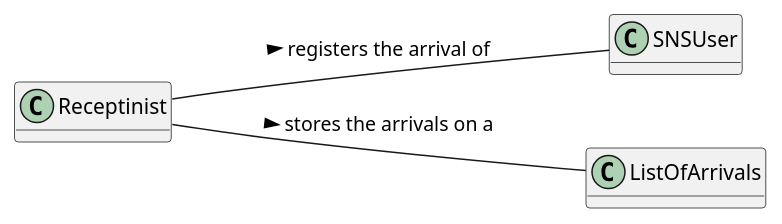
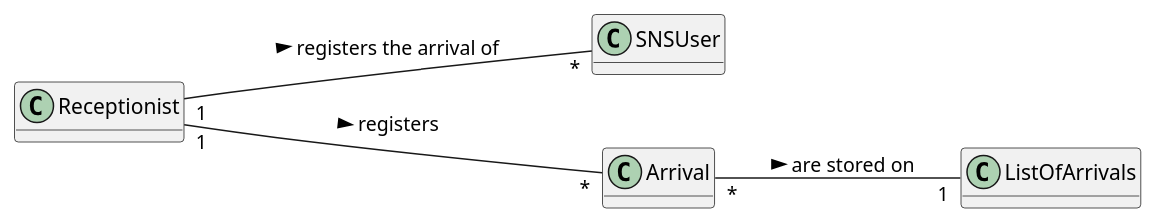
One commit to Pirussa/lei-22-s2-1da-g02 changed the diagram in docs/SprintC/US004/US004_MD.puml. Above: the diagram before and after it, drawn with PlantUML. The commit also changed 11 other files, not shown here.

Commit message:
US004 - Design - Changes and improvements on all the diagrams Implementation - Change method checkIfAlreadyRegistered from the Arrival class to the VaccinationCenter.

```diff
--- a/docs/SprintC/US004/US004_MD.puml
+++ b/docs/SprintC/US004/US004_MD.puml
@@ -1,19 +1,21 @@
 @startuml
 hide methods
 left to right direction
 skinparam classAttributeIconSize 0
 
 
-class Receptinist
+class Receptionist
 
 class SNSUser
 
 class ListOfArrivals
 
+class Arrival
 
-Receptinist --- SNSUser : registers the arrival of >
-Receptinist --- ListOfArrivals : stores the arrivals on a >
 
+Receptionist "1" --- "*" SNSUser : registers the arrival of >
+Receptionist "1" --- "*" Arrival : registers >
+Arrival "*" -- "1" ListOfArrivals : are stored on >
 
 
 @enduml
```
